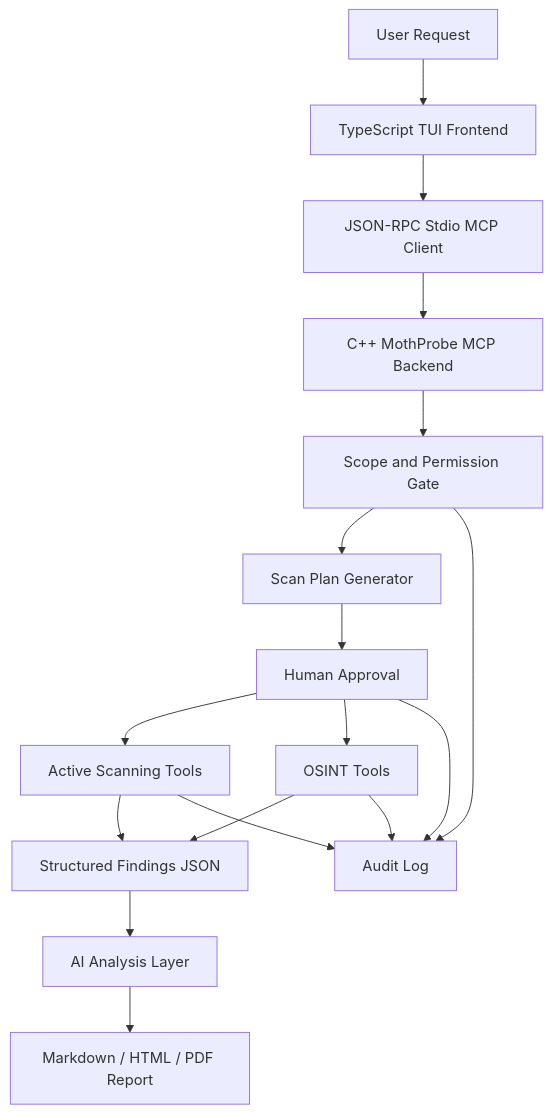
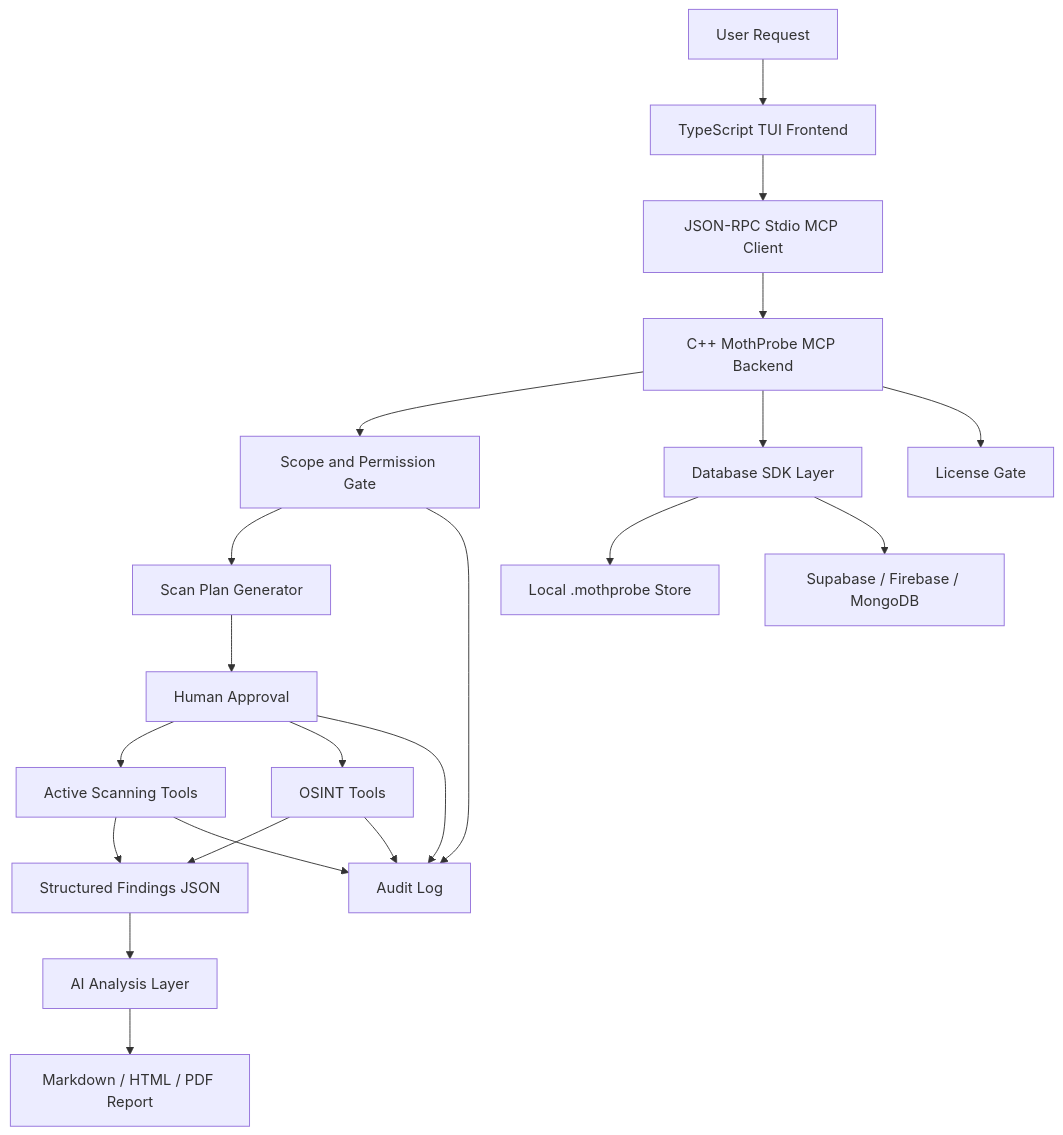
One commit to mothstein/mothprobe changed the diagram in TODO.md. Above: the diagram before and after it, drawn with Mermaid. The commit also changed other lines of this file and 105 other files, not shown here.

````diff
--- a/TODO.md
+++ b/TODO.md
@@ -7,23 +9,28 @@
 ```mermaid
 graph TD
     User[User Request] --> TUI[TypeScript TUI Frontend]
     TUI --> Client[JSON-RPC Stdio MCP Client]
     Client --> MCP[C++ MothProbe MCP Backend]
 
     MCP --> Scope[Scope and Permission Gate]
     Scope --> Plan[Scan Plan Generator]
     Plan --> Approval[Human Approval]
 
     Approval --> ActiveTools[Active Scanning Tools]
     Approval --> OsintTools[OSINT Tools]
     ActiveTools --> Findings[Structured Findings JSON]
     OsintTools --> Findings
 
     Findings --> Analyzer[AI Analysis Layer]
     Analyzer --> Report[Markdown / HTML / PDF Report]
 
+    MCP --> Data[Database SDK Layer]
+    Data --> LocalStore[Local .mothprobe Store]
+    Data --> CloudStore[Supabase / Firebase / MongoDB]
+    MCP --> License[License Gate]
+
     Scope --> Audit[Audit Log]
     Approval --> Audit
     ActiveTools --> Audit
     OsintTools --> Audit
 ```
````
